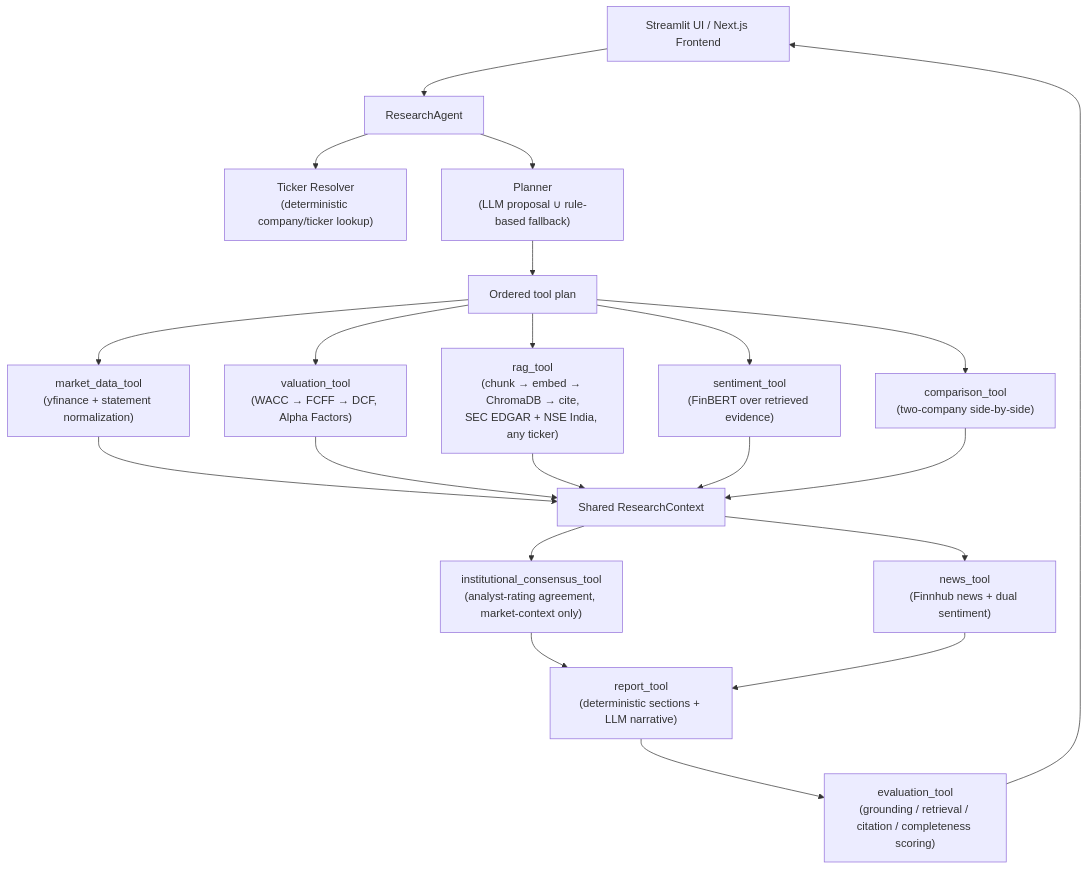
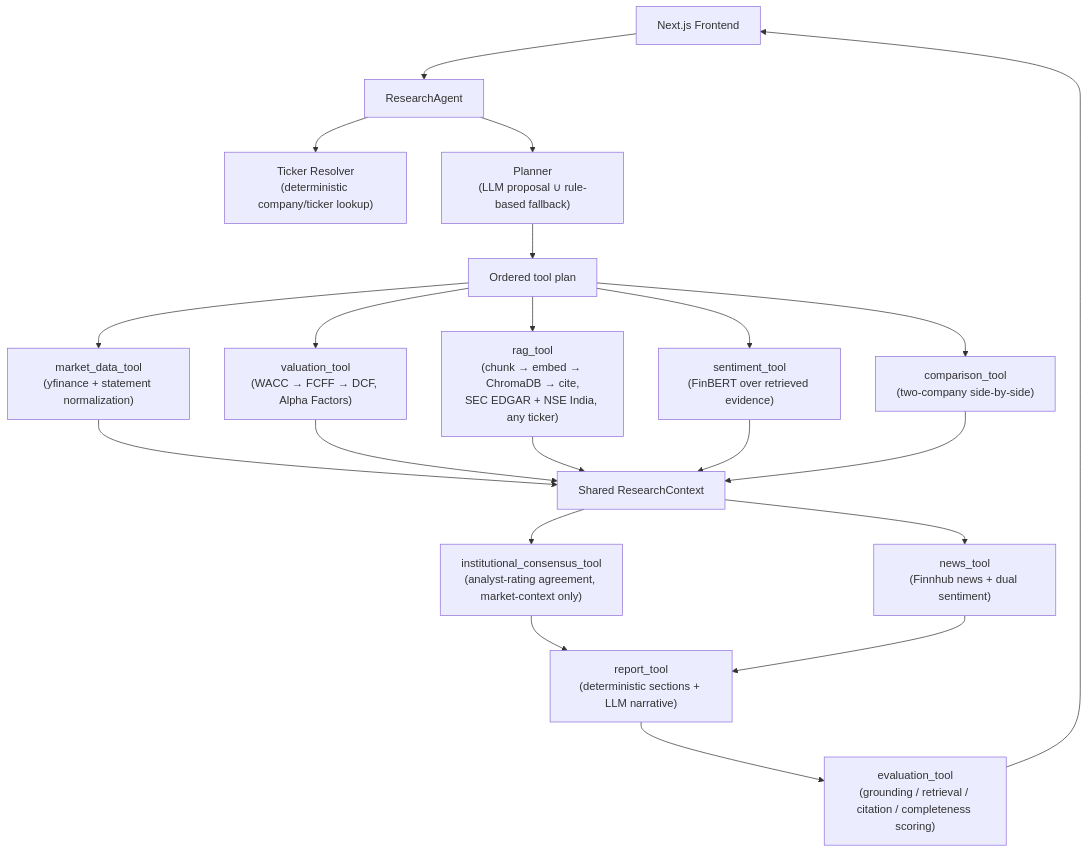
Before and after one commit to shivaumsharma/FinSight-AI: the diagram in README.md, drawn with Mermaid. The commit also changed other lines of this file and 19 other files, not shown here.

````diff
--- a/README.md
+++ b/README.md
@@ -74,26 +63,26 @@
 ```mermaid
 flowchart TD
-    UI["Streamlit UI / Next.js Frontend"] --> Agent["ResearchAgent"]
+    UI["Next.js Frontend"] --> Agent["ResearchAgent"]
     Agent --> Resolver["Ticker Resolver\n(deterministic company/ticker lookup)"]
     Agent --> Planner["Planner\n(LLM proposal ∪ rule-based fallback)"]
     Planner --> Plan["Ordered tool plan"]
 
     Plan --> MarketTool["market_data_tool\n(yfinance + statement normalization)"]
     Plan --> ValuationTool["valuation_tool\n(WACC → FCFF → DCF, Alpha Factors)"]
     Plan --> RAGTool["rag_tool\n(chunk → embed → ChromaDB → cite,\nSEC EDGAR + NSE India, any ticker)"]
     Plan --> SentimentTool["sentiment_tool\n(FinBERT over retrieved evidence)"]
     Plan --> ComparisonTool["comparison_tool\n(two-company side-by-side)"]
 
     MarketTool --> Context["Shared ResearchContext"]
     ValuationTool --> Context
     RAGTool --> Context
     SentimentTool --> Context
     ComparisonTool --> Context
 
     Context --> ConsensusTool["institutional_consensus_tool\n(analyst-rating agreement, market-context only)"]
     Context --> NewsTool["news_tool\n(Finnhub news + dual sentiment)"]
     ConsensusTool --> ReportTool["report_tool\n(deterministic sections + LLM narrative)"]
     NewsTool --> ReportTool
     ReportTool --> EvalTool["evaluation_tool\n(grounding / retrieval / citation / completeness scoring)"]
     EvalTool --> UI
 ```
````
